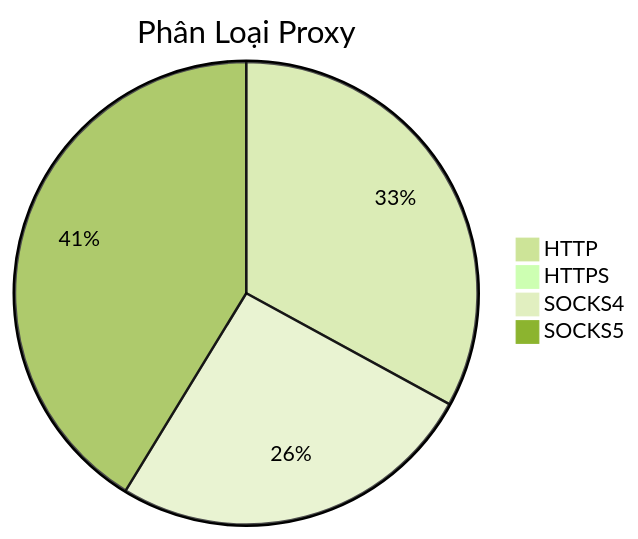
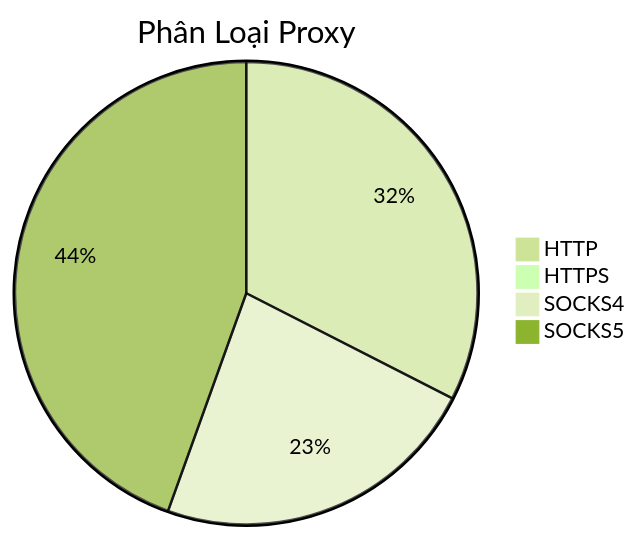
One commit to Ciara-Aa/PROXY-free changed the diagram in README.md. Above: the diagram before and after it, drawn with Mermaid (forest theme). The commit also changed other lines of this file and 4 other files, not shown here.

````diff
--- a/README.md
+++ b/README.md
@@ -26,7 +26,7 @@
 ```mermaid
 pie title Phân Loại Proxy
-    "HTTP" : 468
-    "HTTPS" : 2
-    "SOCKS4" : 366
-    "SOCKS5" : 586
+    "HTTP" : 509
+    "HTTPS" : 3
+    "SOCKS4" : 360
+    "SOCKS5" : 697
 ```
````
